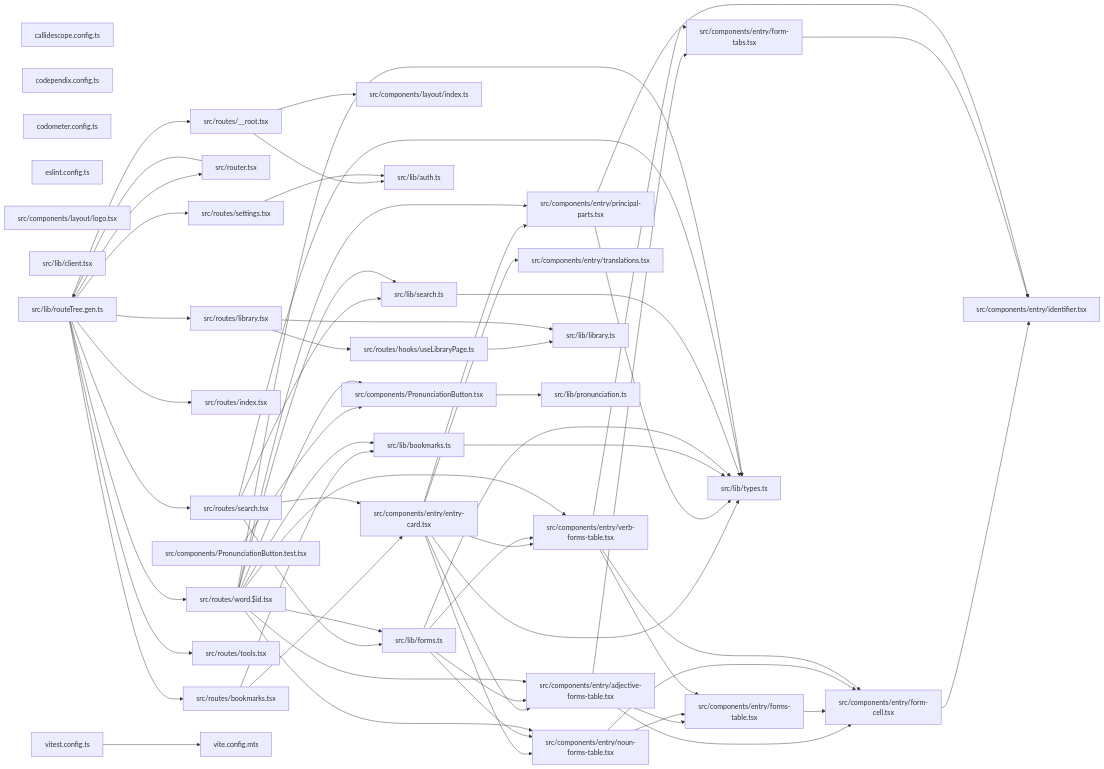
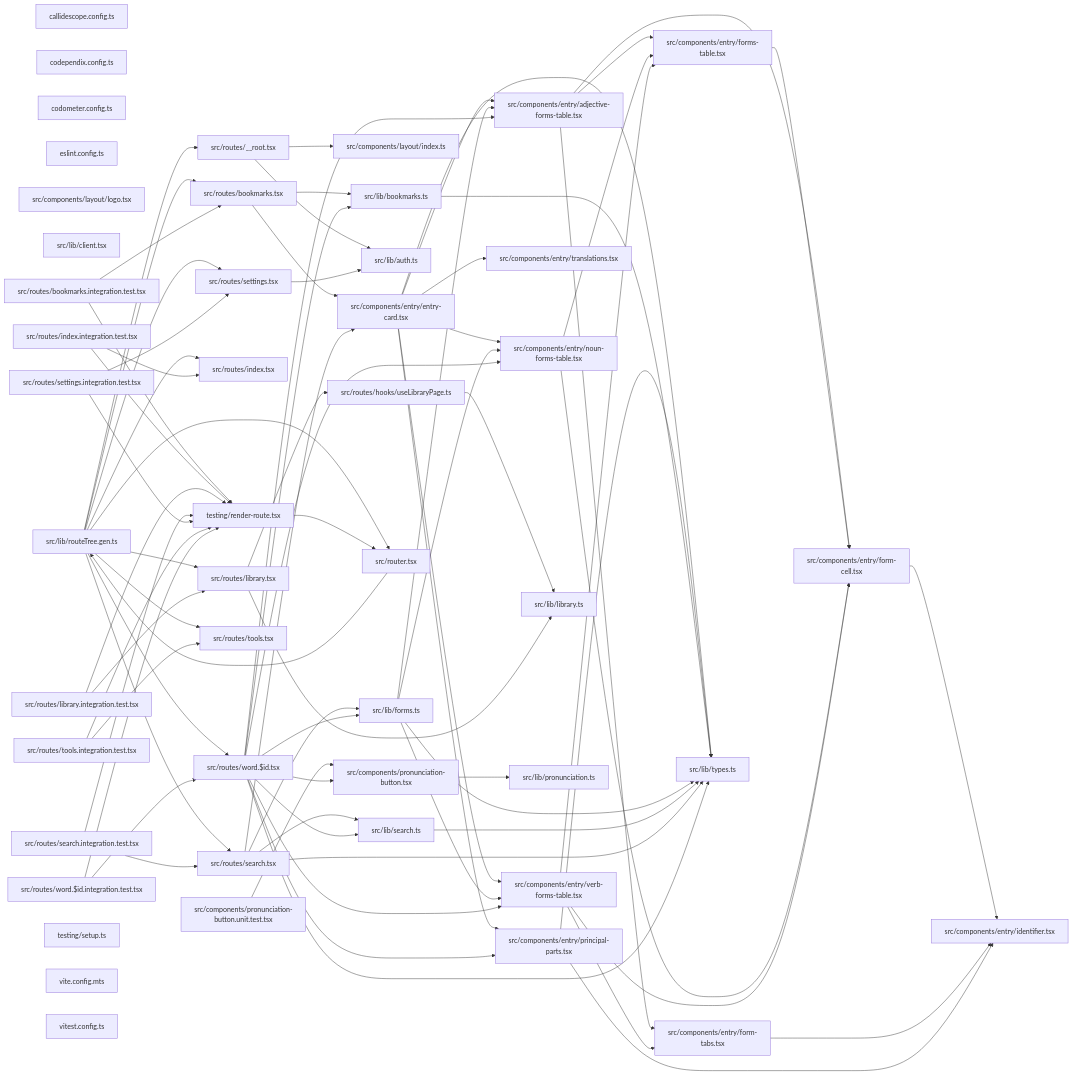
Before and after one commit to Organizzolini/codebase: the second of 2 diagrams in applications/lexico/README.md, drawn with Mermaid. The commit also changed 118 other files, not shown here.

````diff
--- a/applications/lexico/README.md
+++ b/applications/lexico/README.md
@@ -504,8 +504,8 @@
   file_src_components_entry_verb_forms_table_tsx["src/components/entry/verb-forms-table.tsx"]
   file_src_components_layout_index_ts["src/components/layout/index.ts"]
   file_src_components_layout_logo_tsx["src/components/layout/logo.tsx"]
-  file_src_components_PronunciationButton_test_tsx["src/components/PronunciationButton.test.tsx"]
-  file_src_components_PronunciationButton_tsx["src/components/PronunciationButton.tsx"]
+  file_src_components_pronunciation_button_tsx["src/components/pronunciation-button.tsx"]
+  file_src_components_pronunciation_button_unit_test_tsx["src/components/pronunciation-button.unit.test.tsx"]
   file_src_lib_auth_ts["src/lib/auth.ts"]
   file_src_lib_bookmarks_ts["src/lib/bookmarks.ts"]
   file_src_lib_client_tsx["src/lib/client.tsx"]
@@ -517,14 +517,23 @@
   file_src_lib_types_ts["src/lib/types.ts"]
   file_src_router_tsx["src/router.tsx"]
   file_src_routes___root_tsx["src/routes/__root.tsx"]
+  file_src_routes_bookmarks_integration_test_tsx["src/routes/bookmarks.integration.test.tsx"]
   file_src_routes_bookmarks_tsx["src/routes/bookmarks.tsx"]
   file_src_routes_hooks_useLibraryPage_ts["src/routes/hooks/useLibraryPage.ts"]
+  file_src_routes_index_integration_test_tsx["src/routes/index.integration.test.tsx"]
   file_src_routes_index_tsx["src/routes/index.tsx"]
+  file_src_routes_library_integration_test_tsx["src/routes/library.integration.test.tsx"]
   file_src_routes_library_tsx["src/routes/library.tsx"]
+  file_src_routes_search_integration_test_tsx["src/routes/search.integration.test.tsx"]
   file_src_routes_search_tsx["src/routes/search.tsx"]
+  file_src_routes_settings_integration_test_tsx["src/routes/settings.integration.test.tsx"]
   file_src_routes_settings_tsx["src/routes/settings.tsx"]
+  file_src_routes_tools_integration_test_tsx["src/routes/tools.integration.test.tsx"]
   file_src_routes_tools_tsx["src/routes/tools.tsx"]
+  file_src_routes_word__id_integration_test_tsx["src/routes/word.$id.integration.test.tsx"]
   file_src_routes_word__id_tsx["src/routes/word.$id.tsx"]
+  file_testing_render_route_tsx["testing/render-route.tsx"]
+  file_testing_setup_ts["testing/setup.ts"]
   file_vite_config_mts["vite.config.mts"]
   file_vitest_config_ts["vitest.config.ts"]
   file_src_components_entry_adjective_forms_table_tsx --> file_src_components_entry_form_cell_tsx
@@ -546,8 +555,8 @@
   file_src_components_entry_verb_forms_table_tsx --> file_src_components_entry_form_cell_tsx
   file_src_components_entry_verb_forms_table_tsx --> file_src_components_entry_form_tabs_tsx
   file_src_components_entry_verb_forms_table_tsx --> file_src_components_entry_forms_table_tsx
-  file_src_components_PronunciationButton_test_tsx --> file_src_components_PronunciationButton_tsx
-  file_src_components_PronunciationButton_tsx --> file_src_lib_pronunciation_ts
+  file_src_components_pronunciation_button_tsx --> file_src_lib_pronunciation_ts
+  file_src_components_pronunciation_button_unit_test_tsx --> file_src_components_pronunciation_button_tsx
   file_src_lib_bookmarks_ts --> file_src_lib_types_ts
   file_src_lib_forms_ts --> file_src_components_entry_adjective_forms_table_tsx
   file_src_lib_forms_ts --> file_src_components_entry_noun_forms_table_tsx
@@ -566,24 +575,38 @@
   file_src_router_tsx --> file_src_lib_routeTree_gen_ts
   file_src_routes___root_tsx --> file_src_components_layout_index_ts
   file_src_routes___root_tsx --> file_src_lib_auth_ts
+  file_src_routes_bookmarks_integration_test_tsx --> file_src_routes_bookmarks_tsx
+  file_src_routes_bookmarks_integration_test_tsx --> file_testing_render_route_tsx
   file_src_routes_bookmarks_tsx --> file_src_components_entry_entry_card_tsx
   file_src_routes_bookmarks_tsx --> file_src_lib_bookmarks_ts
   file_src_routes_hooks_useLibraryPage_ts --> file_src_lib_library_ts
+  file_src_routes_index_integration_test_tsx --> file_src_routes_index_tsx
+  file_src_routes_index_integration_test_tsx --> file_testing_render_route_tsx
+  file_src_routes_library_integration_test_tsx --> file_src_routes_library_tsx
+  file_src_routes_library_integration_test_tsx --> file_testing_render_route_tsx
   file_src_routes_library_tsx --> file_src_lib_library_ts
   file_src_routes_library_tsx --> file_src_routes_hooks_useLibraryPage_ts
+  file_src_routes_search_integration_test_tsx --> file_src_routes_search_tsx
+  file_src_routes_search_integration_test_tsx --> file_testing_render_route_tsx
   file_src_routes_search_tsx --> file_src_components_entry_entry_card_tsx
   file_src_routes_search_tsx --> file_src_lib_forms_ts
   file_src_routes_search_tsx --> file_src_lib_search_ts
   file_src_routes_search_tsx --> file_src_lib_types_ts
+  file_src_routes_settings_integration_test_tsx --> file_src_routes_settings_tsx
+  file_src_routes_settings_integration_test_tsx --> file_testing_render_route_tsx
   file_src_routes_settings_tsx --> file_src_lib_auth_ts
+  file_src_routes_tools_integration_test_tsx --> file_src_routes_tools_tsx
+  file_src_routes_tools_integration_test_tsx --> file_testing_render_route_tsx
+  file_src_routes_word__id_integration_test_tsx --> file_src_routes_word__id_tsx
+  file_src_routes_word__id_integration_test_tsx --> file_testing_render_route_tsx
   file_src_routes_word__id_tsx --> file_src_components_entry_adjective_forms_table_tsx
   file_src_routes_word__id_tsx --> file_src_components_entry_noun_forms_table_tsx
   file_src_routes_word__id_tsx --> file_src_components_entry_principal_parts_tsx
   file_src_routes_word__id_tsx --> file_src_components_entry_verb_forms_table_tsx
-  file_src_routes_word__id_tsx --> file_src_components_PronunciationButton_tsx
+  file_src_routes_word__id_tsx --> file_src_components_pronunciation_button_tsx
   file_src_routes_word__id_tsx --> file_src_lib_bookmarks_ts
   file_src_routes_word__id_tsx --> file_src_lib_forms_ts
   file_src_routes_word__id_tsx --> file_src_lib_search_ts
   file_src_routes_word__id_tsx --> file_src_lib_types_ts
-  file_vitest_config_ts --> file_vite_config_mts
+  file_testing_render_route_tsx --> file_src_router_tsx
 ```
````
